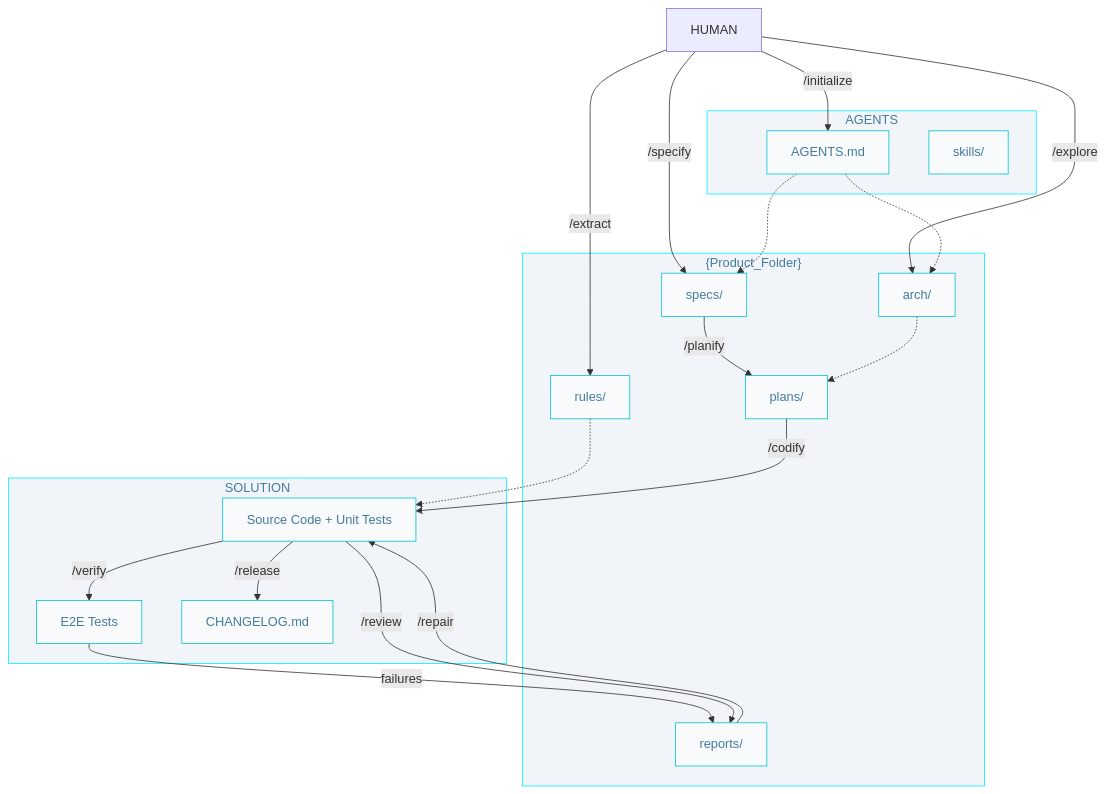
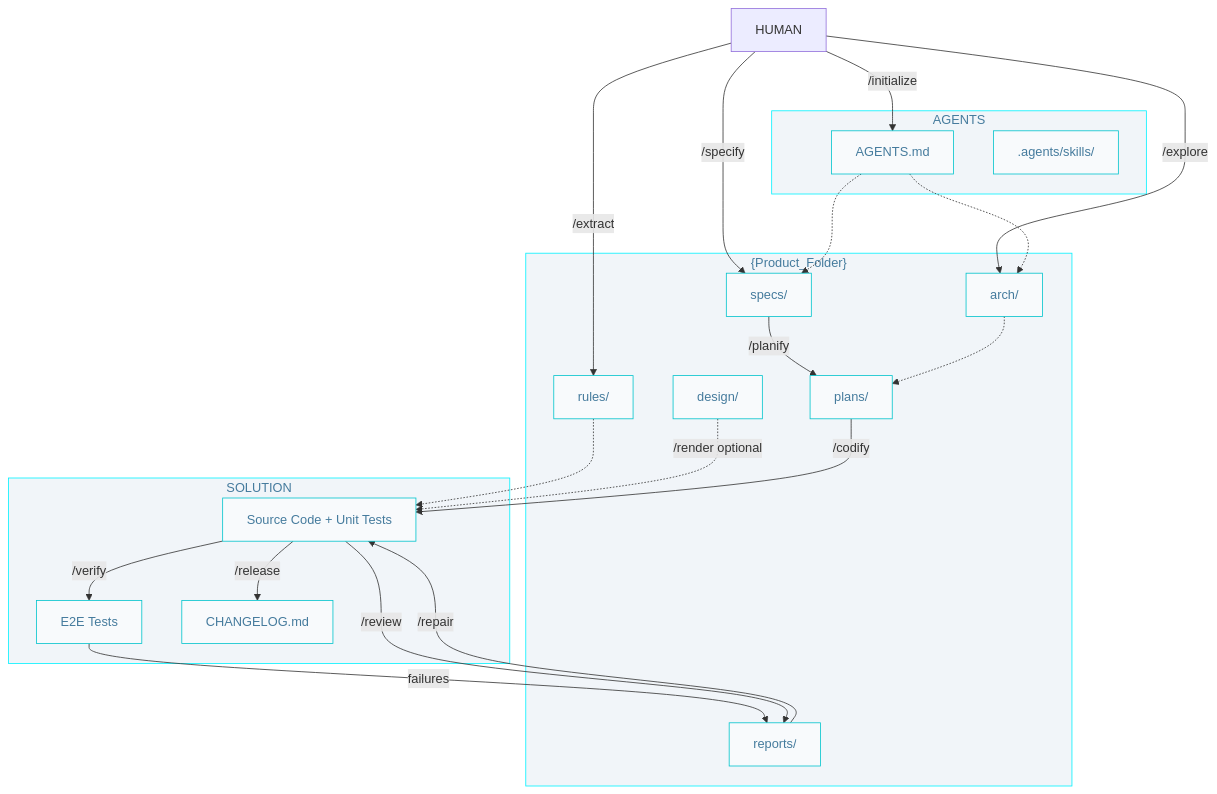
The diagram in docs/AIDD.workflow.md (AIDDbot/AIDDbot), drawn with Mermaid before and after one commit. The commit also changed other lines of this file and 24 other files, not shown here.

Commit message:
docs: update README and skills catalog for clarity and consistency; enhance skill descriptions and output expectations, including new design and verification processes

````diff
--- a/docs/AIDD.workflow.md
+++ b/docs/AIDD.workflow.md
@@ -3,45 +3,47 @@
 ```mermaid
 flowchart TD
   classDef nd fill:#f8fafc,stroke:#00c4cc,color:#457b9d
   classDef sg fill:#f1f5f9,stroke:#00f2ff,color:#457b9d 
 
   HUM[HUMAN]
 
   subgraph P["{Product_Folder}"]
       SPC["specs/"]:::nd
       PLN["plans/"]:::nd
       RPT["reports/"]:::nd
       ARC["arch/"]:::nd
       RUL["rules/"]:::nd
+      DES["design/"]:::nd
   end
 
   subgraph A["AGENTS"]
       AGT["AGENTS.md"]:::nd
-      SKL["skills/"]:::nd
+      SKL[".agents/skills/"]:::nd
   end  
 
   subgraph S["SOLUTION"]
       COD["Source Code + Unit Tests"]:::nd
       E2E["E2E Tests"]:::nd
       CHL["CHANGELOG.md"]:::nd
   end
 
   HUM -->|/initialize| AGT
   HUM -->|/explore| ARC
   HUM -->|/extract| RUL
   HUM -->|/specify| SPC
   AGT -.-> SPC  
   AGT -.-> ARC
   RUL -.-> COD  
   SPC -->|/planify| PLN
   ARC -.-> PLN
+  DES -.->|/render optional| COD
 
   PLN -->|/codify| COD
   COD -->|/verify| E2E
   E2E -->|failures| RPT
   COD -->|/review| RPT
   RPT -->|/repair| COD
   COD -->|/release| CHL
 
   class P,A,S sg
 ```
````
